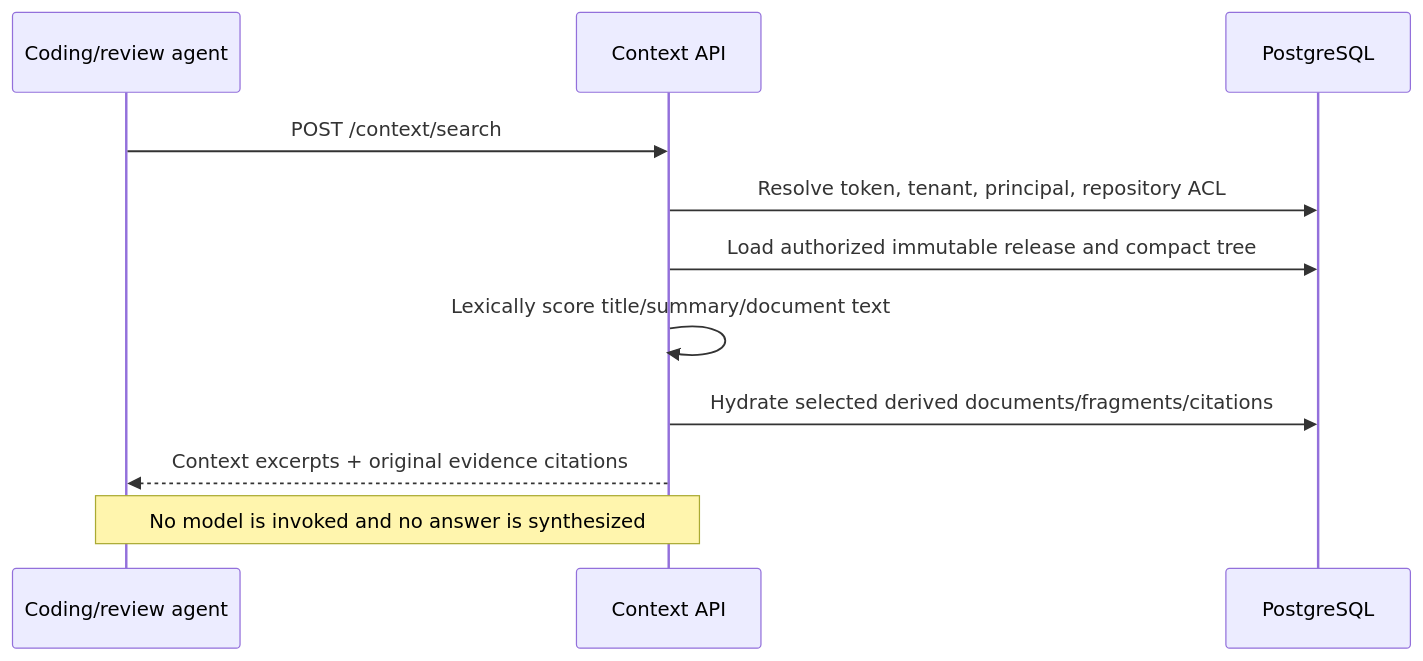
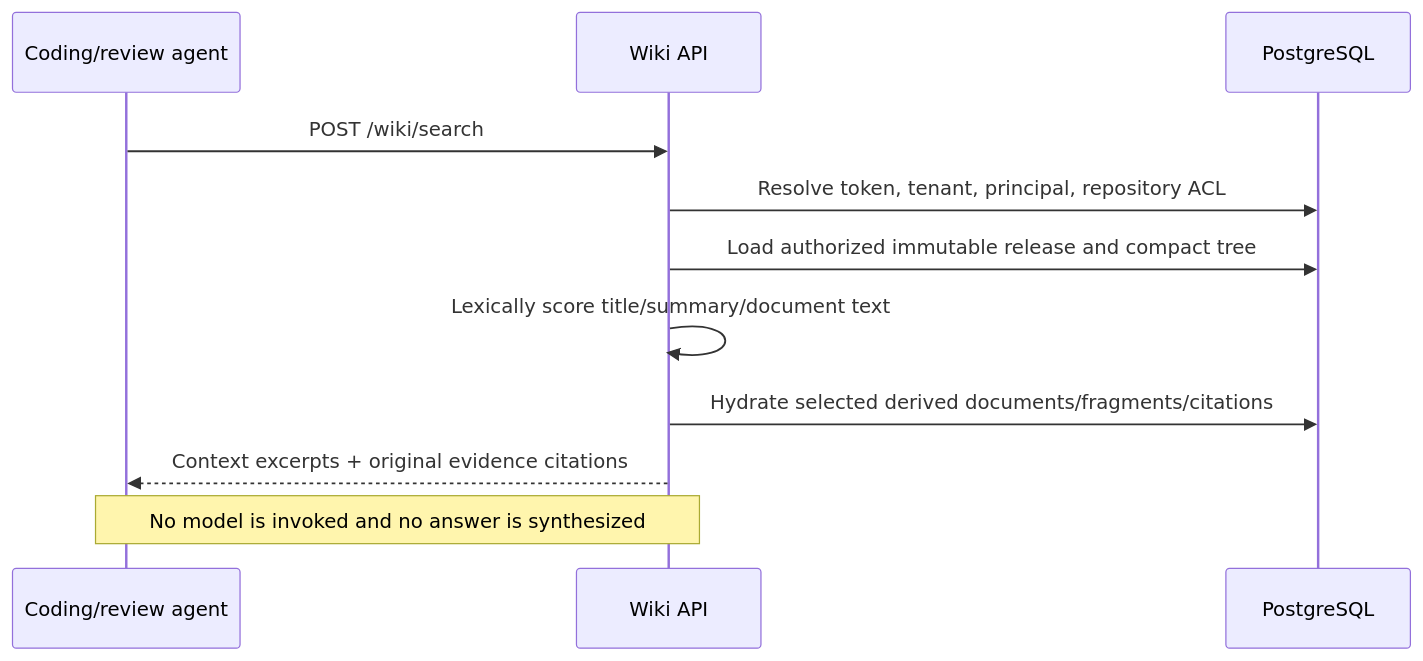
One commit to keon/jina-context-wiki-e2e-20260808 changed the fourth of 8 diagrams in docs/SEQUENCE_DIAGRAM.md. Above: the diagram before and after it, drawn with Mermaid. The commit also changed 69 other files, not shown here.

Commit message:
Rename Context Wiki surface to Wiki

````diff
--- a/docs/SEQUENCE_DIAGRAM.md
+++ b/docs/SEQUENCE_DIAGRAM.md
@@ -128,14 +128,14 @@
 ```mermaid
 sequenceDiagram
     participant A as Coding/review agent
-    participant API as Context API
+    participant API as Wiki API
     participant PG as PostgreSQL
 
-    A->>API: POST /context/search
+    A->>API: POST /wiki/search
     API->>PG: Resolve token, tenant, principal, repository ACL
     API->>PG: Load authorized immutable release and compact tree
     API->>API: Lexically score title/summary/document text
     API->>PG: Hydrate selected derived documents/fragments/citations
     API-->>A: Context excerpts + original evidence citations
     Note over API,A: No model is invoked and no answer is synthesized
 ```
````
